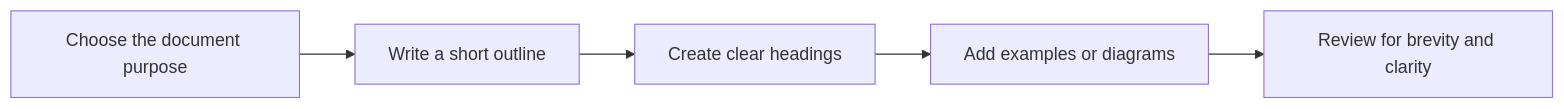
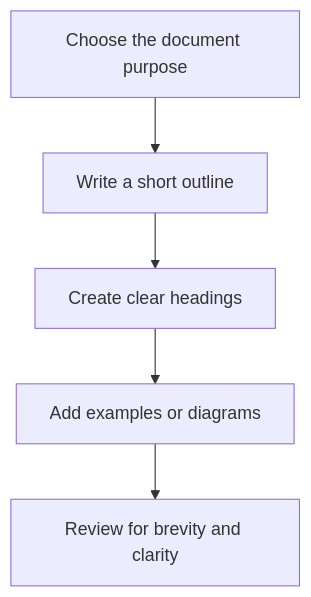
One commit to ruijarimba/azure-pipelines-guidelines-ai-mcp changed the diagram in .github/instructions/documentation.instructions.md. Above: the diagram before and after it, drawn with Mermaid. The commit also changed other lines of this file and 8 other files, not shown here.

````diff
--- a/.github/instructions/documentation.instructions.md
+++ b/.github/instructions/documentation.instructions.md
@@ -113,7 +136,7 @@
 ```mermaid
-graph LR
+graph TD
   A[Choose the document purpose] --> B[Write a short outline]
   B --> C[Create clear headings]
   C --> D[Add examples or diagrams]
   D --> E[Review for brevity and clarity]
 ```
````
